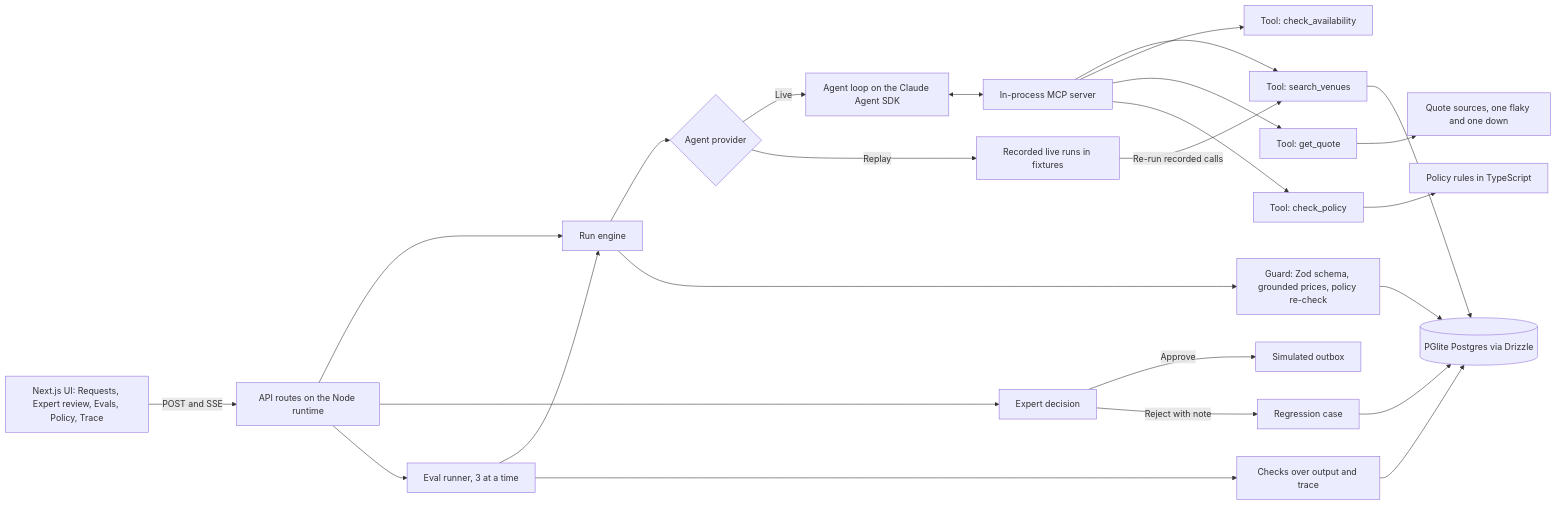
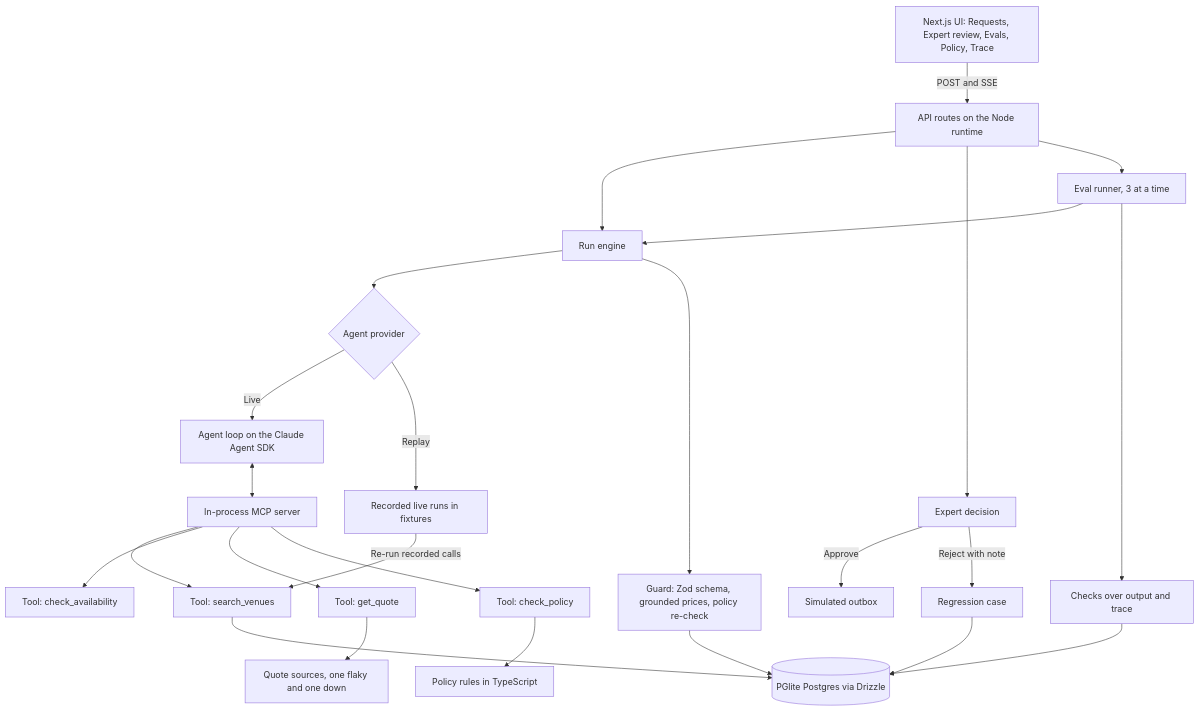
One commit to ArchiusVuong-sudo/venue-sourcing-desk changed the first of 2 diagrams in README.md. Above: the diagram before and after it, drawn with Mermaid.

Commit message:
Draw the architecture diagram top to bottom so its labels stay readable on GitHub

````diff
--- a/README.md
+++ b/README.md
@@ -19,27 +19,27 @@
 ```mermaid
-flowchart LR
+flowchart TB
   UI["Next.js UI: Requests, Expert review, Evals, Policy, Trace"] -->|"POST and SSE"| API["API routes on the Node runtime"]
   API --> Runner["Run engine"]
   Runner --> Provider{"Agent provider"}
   Provider -->|"Live"| SDK["Agent loop on the Claude Agent SDK"]
   Provider -->|"Replay"| Fixtures["Recorded live runs in fixtures"]
   SDK <--> MCP["In-process MCP server"]
   MCP --> T1["Tool: search_venues"]
   MCP --> T2["Tool: check_availability"]
   MCP --> T3["Tool: get_quote"]
   MCP --> T4["Tool: check_policy"]
   Fixtures -->|"Re-run recorded calls"| T1
   T1 --> DB[("PGlite Postgres via Drizzle")]
   T3 --> Quotes["Quote sources, one flaky and one down"]
   T4 --> Rules["Policy rules in TypeScript"]
   Runner --> Guard["Guard: Zod schema, grounded prices, policy re-check"]
   Guard --> DB
   API --> Review["Expert decision"]
   Review -->|"Approve"| Outbox["Simulated outbox"]
   Review -->|"Reject with note"| Cases["Regression case"]
   Cases --> DB
   API --> Suite["Eval runner, 3 at a time"]
   Suite --> Runner
   Suite --> Checks["Checks over output and trace"]
   Checks --> DB
 ```
````
